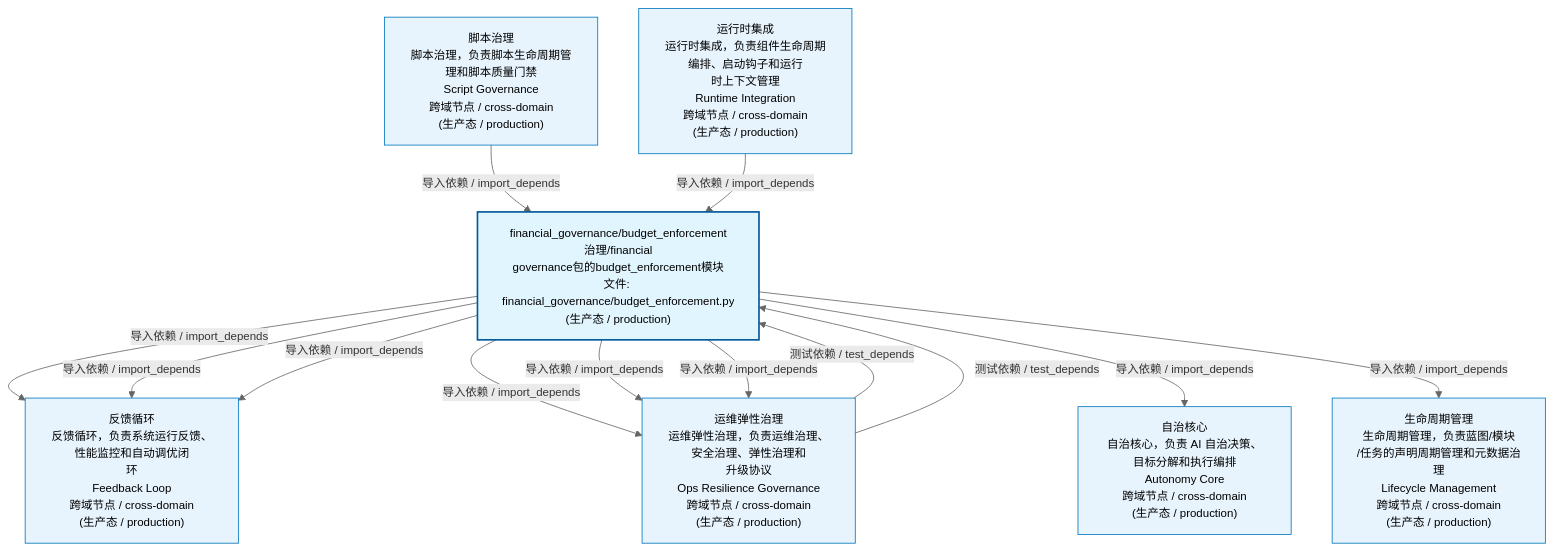
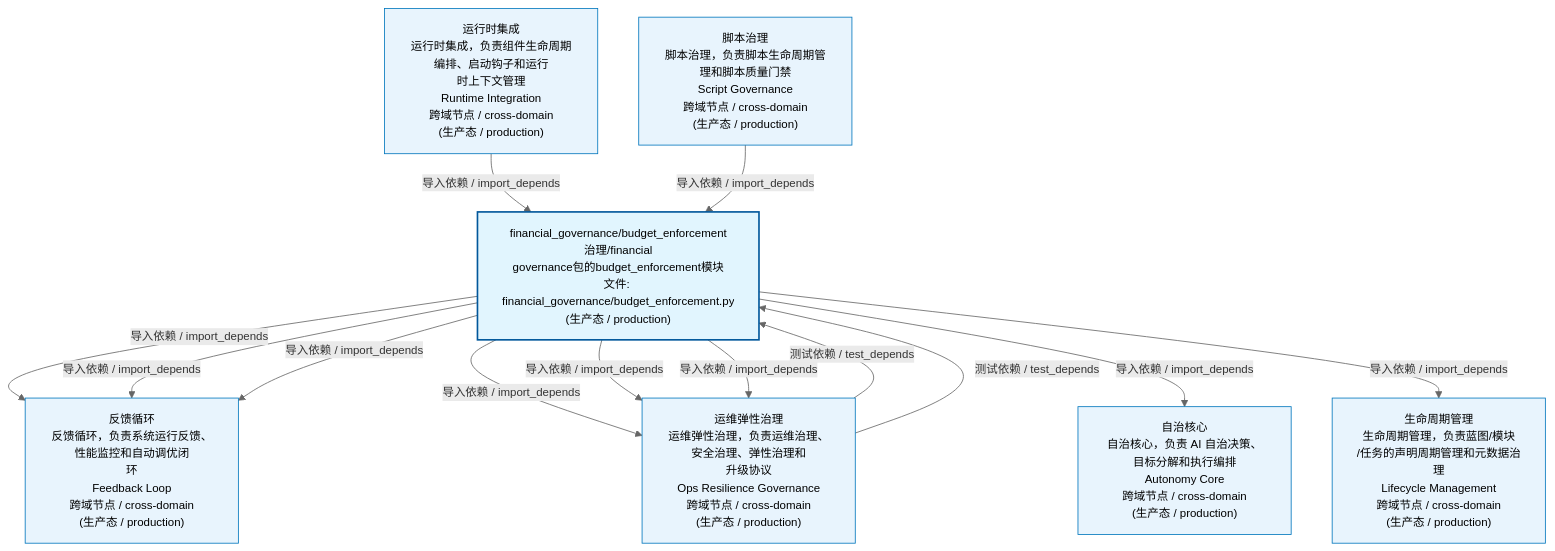
One commit to xuanFelixVan/ZephyrAlpha changed the first of 3 diagrams in docs/02_enterprise_architecture/02_domain_architecture_docs/54_d_gov_repair.md. Above: the diagram before and after it, drawn with Mermaid. The commit also changed 48 other files, not shown here.

````diff
--- a/docs/02_enterprise_architecture/02_domain_architecture_docs/54_d_gov_repair.md
+++ b/docs/02_enterprise_architecture/02_domain_architecture_docs/54_d_gov_repair.md
@@ -53,29 +53,29 @@
 ```mermaid
 %%{init: {'theme': 'base', 'themeVariables': {'primaryColor': '#eaeaea', 'primaryTextColor': '#333333', 'primaryBorderColor': '#666666', 'lineColor': '#666666', 'secondaryColor': '#eaeaea', 'tertiaryColor': '#eaeaea', 'fontSize': '14px'}}}%%
 flowchart TD
     src_zephyr_governance_financial_governance_budget_enforcement_py["financial_governance/budget_enforcement<br/>治理/financial<br/>governance包的budget_enforcement模块<br/>文件: financial_governance/budget_enforcement.py<br/>(生产态 / production)"]
     D_OPS["反馈循环<br/>反馈循环，负责系统运行反馈、性能监控和自动调优闭<br/>环<br/>Feedback Loop<br/>跨域节点 / cross-domain<br/>(生产态 / production)"]
     src_zephyr_governance_financial_governance_budget_enforcement_py -->|导入依赖 / import_depends| D_OPS
+    src_zephyr_governance_financial_governance_budget_enforcement_py -->|导入依赖 / import_depends| D_OPS
     D_GOV_OPS_RESILIENCE["运维弹性治理<br/>运维弹性治理，负责运维治理、安全治理、弹性治理和<br/>升级协议<br/>Ops Resilience Governance<br/>跨域节点 / cross-domain<br/>(生产态 / production)"]
     src_zephyr_governance_financial_governance_budget_enforcement_py -->|导入依赖 / import_depends| D_GOV_OPS_RESILIENCE
     src_zephyr_governance_financial_governance_budget_enforcement_py -->|导入依赖 / import_depends| D_GOV_OPS_RESILIENCE
-    src_zephyr_governance_financial_governance_budget_enforcement_py -->|导入依赖 / import_depends| D_OPS
     src_zephyr_governance_financial_governance_budget_enforcement_py -->|导入依赖 / import_depends| D_GOV_OPS_RESILIENCE
     src_zephyr_governance_financial_governance_budget_enforcement_py -->|导入依赖 / import_depends| D_OPS
     D_AUTONOMY_CORE["自治核心<br/>自治核心，负责 AI 自治决策、目标分解和执行编排<br/>Autonomy Core<br/>跨域节点 / cross-domain<br/>(生产态 / production)"]
     src_zephyr_governance_financial_governance_budget_enforcement_py -->|导入依赖 / import_depends| D_AUTONOMY_CORE
     D_GOVERNANCE["生命周期管理<br/>生命周期管理，负责蓝图/模块<br/>/任务的声明周期管理和元数据治理<br/>Lifecycle Management<br/>跨域节点 / cross-domain<br/>(生产态 / production)"]
     src_zephyr_governance_financial_governance_budget_enforcement_py -->|导入依赖 / import_depends| D_GOVERNANCE
+    D_INFRA_RUNTIME["运行时集成<br/>运行时集成，负责组件生命周期编排、启动钩子和运行<br/>时上下文管理<br/>Runtime Integration<br/>跨域节点 / cross-domain<br/>(生产态 / production)"]
+    D_INFRA_RUNTIME -->|导入依赖 / import_depends| src_zephyr_governance_financial_governance_budget_enforcement_py
     D_GOV_OPS_RESILIENCE -->|测试依赖 / test_depends| src_zephyr_governance_financial_governance_budget_enforcement_py
     D_GOV_SCRIPTS["脚本治理<br/>脚本治理，负责脚本生命周期管理和脚本质量门禁<br/>Script Governance<br/>跨域节点 / cross-domain<br/>(生产态 / production)"]
     D_GOV_SCRIPTS -->|导入依赖 / import_depends| src_zephyr_governance_financial_governance_budget_enforcement_py
-    D_INFRA_RUNTIME["运行时集成<br/>运行时集成，负责组件生命周期编排、启动钩子和运行<br/>时上下文管理<br/>Runtime Integration<br/>跨域节点 / cross-domain<br/>(生产态 / production)"]
-    D_INFRA_RUNTIME -->|导入依赖 / import_depends| src_zephyr_governance_financial_governance_budget_enforcement_py
     D_GOV_OPS_RESILIENCE -->|测试依赖 / test_depends| src_zephyr_governance_financial_governance_budget_enforcement_py
     classDef production fill:#e1f5fe,stroke:#01579b,stroke-width:2px,color:#000
     classDef design fill:#fff3e0,stroke:#e65100,stroke-width:2px,color:#000,stroke-dasharray: 5 5
     classDef external_prod fill:#e8f4fd,stroke:#0277bd,stroke-width:1px,color:#000
     classDef external_design fill:#fff8e7,stroke:#ef6c00,stroke-width:1px,color:#000,stroke-dasharray: 5 5
     class src_zephyr_governance_financial_governance_budget_enforcement_py production
-    class D_OPS,D_GOV_OPS_RESILIENCE,D_AUTONOMY_CORE,D_GOVERNANCE,D_GOV_SCRIPTS,D_INFRA_RUNTIME external_prod
+    class D_OPS,D_GOV_OPS_RESILIENCE,D_AUTONOMY_CORE,D_GOVERNANCE,D_INFRA_RUNTIME,D_GOV_SCRIPTS external_prod
 ```
````
